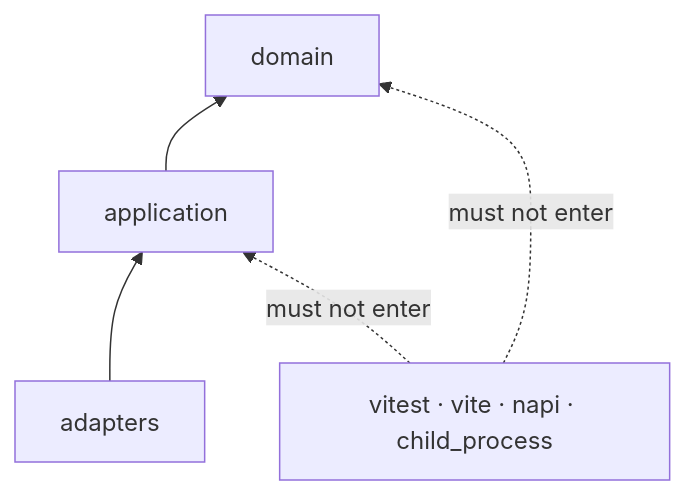
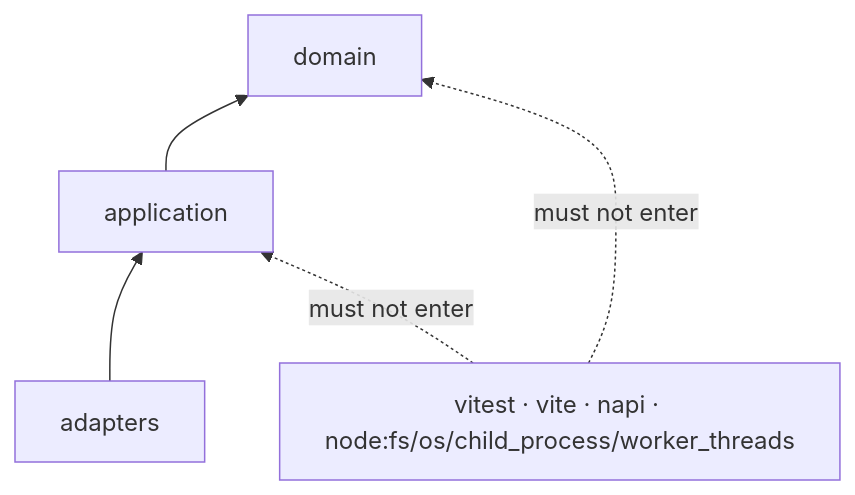
The second of 6 diagrams in AGENTS.md (RexySaragih/puca), drawn with Mermaid before and after one commit. The commit also changed other lines of this file and 52 other files, not shown here.

````diff
--- a/AGENTS.md
+++ b/AGENTS.md
@@ -24,10 +24,10 @@
 ```mermaid
 flowchart BT
   Domain[domain]
   Application[application]
   Adapters[adapters]
   Adapters --> Application
   Application --> Domain
-  Forbidden["vitest · vite · napi · child_process"] -.->|must not enter| Domain
+  Forbidden["vitest · vite · napi · node:fs/os/child_process/worker_threads"] -.->|must not enter| Domain
   Forbidden -.->|must not enter| Application
 ```
````
